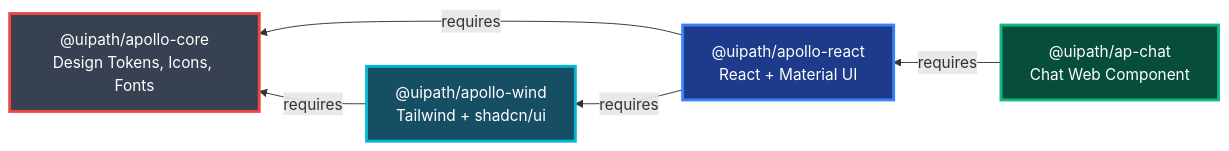
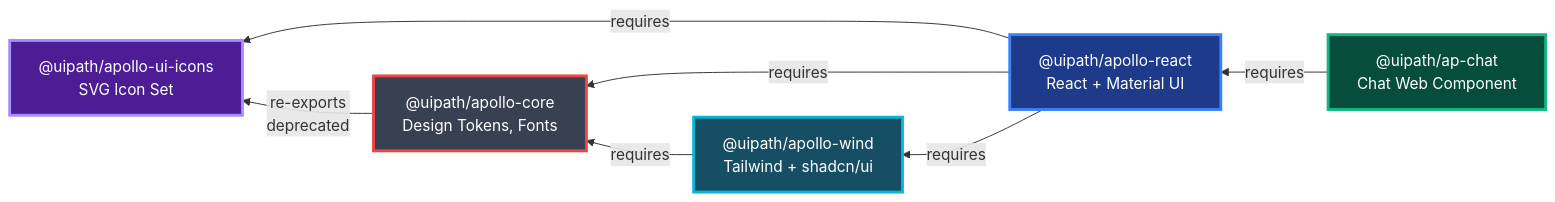
One commit to UiPath/apollo-ui changed the diagram in README.md. Above: the diagram before and after it, drawn with Mermaid. The commit also changed other lines of this file and 11 other files, not shown here.

First line of the commit message:
docs(repo): place apollo-ui-icons in the dependency graphs and guides [PLT-109649]

````diff
--- a/README.md
+++ b/README.md
@@ -34,12 +34,15 @@
 ```mermaid
 graph RL
-    React["@uipath/apollo-react<br/>React + Material UI"] -->|requires| Core["@uipath/apollo-core<br/>Design Tokens, Icons, Fonts"]
+    React["@uipath/apollo-react<br/>React + Material UI"] -->|requires| Core["@uipath/apollo-core<br/>Design Tokens, Fonts"]
     Wind["@uipath/apollo-wind<br/>Tailwind + shadcn/ui"] -->|requires| Core
     React -->|requires| Wind
     Chat["@uipath/ap-chat<br/>Chat Web Component"] -->|requires| React
+    React -->|requires| Icons["@uipath/apollo-ui-icons<br/>SVG Icon Set"]
+    Core -->|re-exports<br/>deprecated| Icons
 
     style Core fill:#374151,stroke:#ef4444,stroke-width:3px,color:#fff
     style React fill:#1e3a8a,stroke:#3b82f6,stroke-width:3px,color:#fff
     style Wind fill:#164e63,stroke:#06b6d4,stroke-width:3px,color:#fff
     style Chat fill:#064e3b,stroke:#10b981,stroke-width:3px,color:#fff
+    style Icons fill:#4c1d95,stroke:#a78bfa,stroke-width:3px,color:#fff
 ```
````
